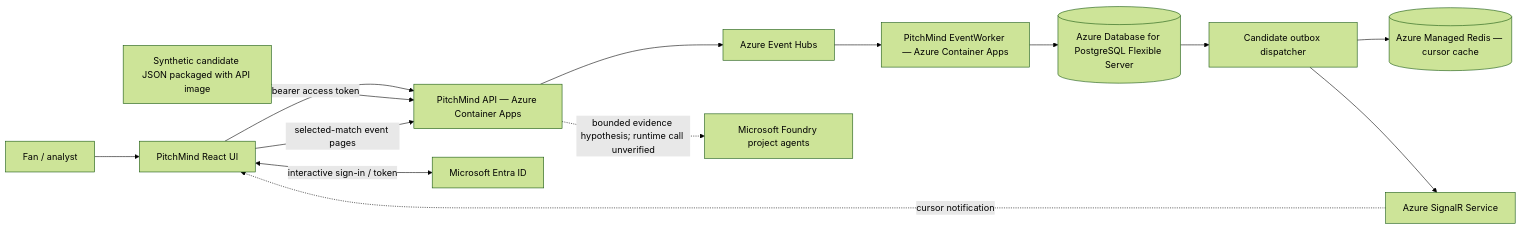
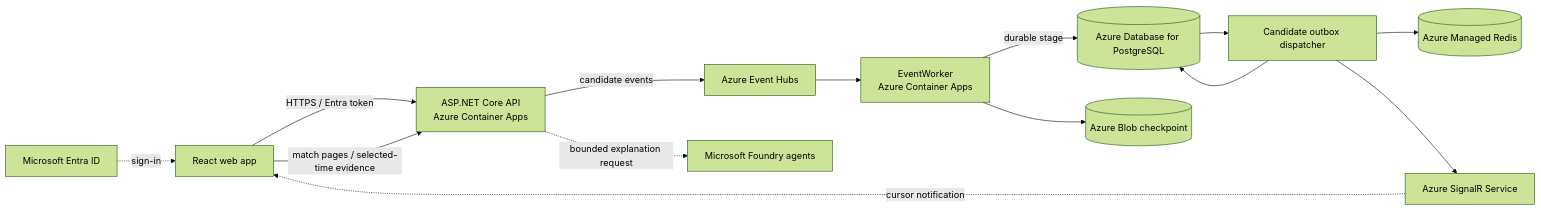
The diagram in README.md (prateekgangopadhyay/PitchMind), drawn with Mermaid (forest theme) before and after one commit. The commit also changed other lines of this file, not shown here.

````diff
--- a/README.md
+++ b/README.md
@@ -11,16 +18,16 @@
 ```mermaid
 flowchart LR
-  User["Fan / analyst"] --> Web["PitchMind React UI"]
-  Web -->|"bearer access token"| API["PitchMind API — Azure Container Apps"]
-  Web <-->|"interactive sign-in / token"| Entra["Microsoft Entra ID"]
-  Source["Synthetic candidate JSON packaged with API image"] --> API
-  API --> EH["Azure Event Hubs"]
-  EH --> Worker["PitchMind EventWorker — Azure Container Apps"]
-  Worker --> PG[("Azure Database for PostgreSQL Flexible Server")]
-  PG --> Dispatch["Candidate outbox dispatcher"]
-  Dispatch --> Redis[("Azure Managed Redis — cursor cache")]
-  Dispatch --> SignalR["Azure SignalR Service"]
-  SignalR -. "cursor notification" .-> Web
-  Web -->|"selected-match event pages"| API
-  API -. "bounded evidence hypothesis; runtime call unverified" .-> Foundry["Microsoft Foundry project agents"]
+  Browser[React web app] -->|HTTPS / Entra token| API["ASP.NET Core API<br/>Azure Container Apps"]
+  Entra[Microsoft Entra ID] -. sign-in .-> Browser
+  API -->|candidate events| EH[Azure Event Hubs]
+  EH --> Worker["EventWorker<br/>Azure Container Apps"]
+  Worker -->|durable stage| PG[(Azure Database for PostgreSQL)]
+  Worker --> Blob[(Azure Blob checkpoint)]
+  PG --> Dispatcher[Candidate outbox dispatcher]
+  Dispatcher --> PG
+  Dispatcher --> Redis[(Azure Managed Redis)]
+  Dispatcher --> SignalR[Azure SignalR Service]
+  SignalR -. cursor notification .-> Browser
+  Browser -->|match pages / selected-time evidence| API
+  API -. bounded explanation request .-> Foundry[Microsoft Foundry agents]
 ```
````
